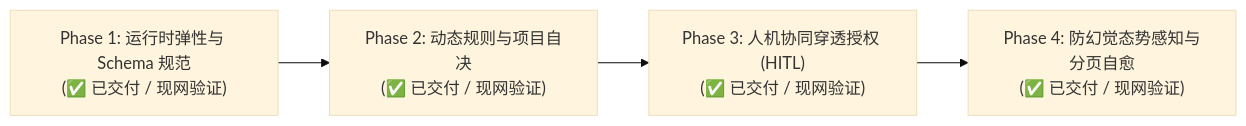
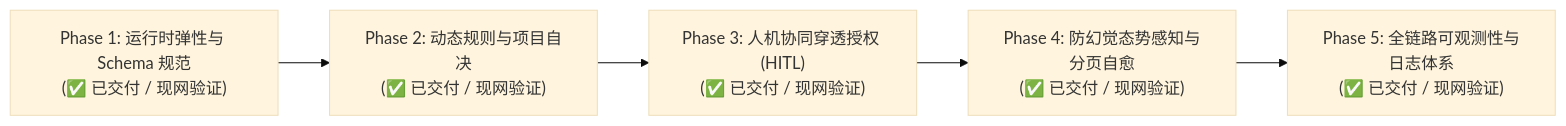
The diagram in docs/evolution-roadmap.md (yimmr/codexen), drawn with Mermaid (base theme) before and after one commit. The commit also changed other lines of this file and 9 other files, not shown here.

````diff
--- a/docs/evolution-roadmap.md
+++ b/docs/evolution-roadmap.md
@@ -10,9 +10,10 @@
 ```mermaid
 flowchart LR
     Phase1["Phase 1: 运行时弹性与 Schema 规范<br/>(✅ 已交付 / 现网验证)"]
     Phase2["Phase 2: 动态规则与项目自决<br/>(✅ 已交付 / 现网验证)"]
     Phase3["Phase 3: 人机协同穿透授权 (HITL)<br/>(✅ 已交付 / 现网验证)"]
     Phase4["Phase 4: 防幻觉态势感知与分页自愈<br/>(✅ 已交付 / 现网验证)"]
+    Phase5["Phase 5: 全链路可观测性与日志体系<br/>(✅ 已交付 / 现网验证)"]
 
-    Phase1 --> Phase2 --> Phase3 --> Phase4
+    Phase1 --> Phase2 --> Phase3 --> Phase4 --> Phase5
 ```
````
